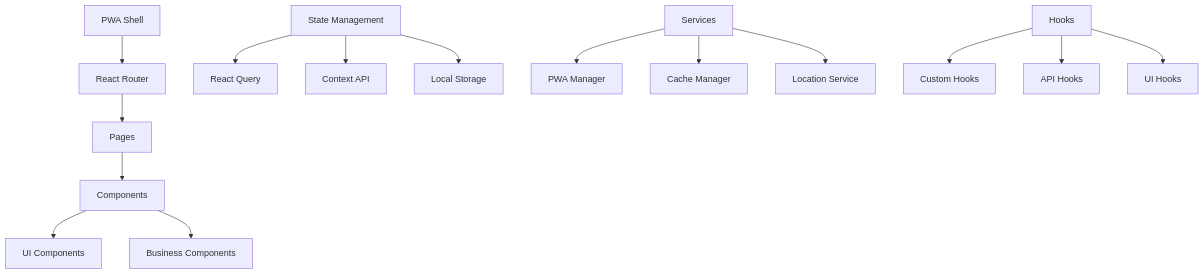
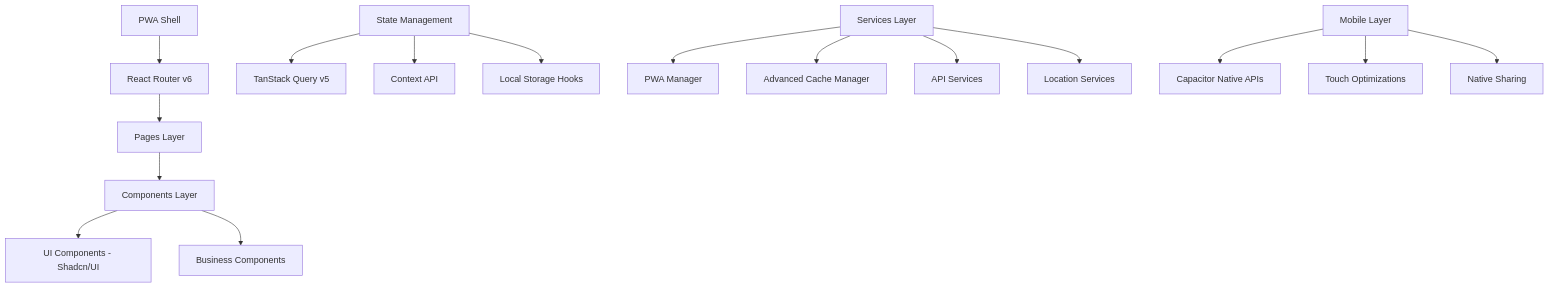
The diagram in README.md (hypeneural/caminhoneiro-pwa-festa), drawn with Mermaid before and after one commit. The commit also changed other lines of this file, not shown here.

````diff
--- a/README.md
+++ b/README.md
@@ -44,20 +49,21 @@
 ```mermaid
 graph TB
-    A[PWA Shell] --> B[React Router]
-    B --> C[Pages]
-    C --> D[Components]
-    D --> E[UI Components]
+    A[PWA Shell] --> B[React Router v6]
+    B --> C[Pages Layer]
+    C --> D[Components Layer]
+    D --> E[UI Components - Shadcn/UI]
     D --> F[Business Components]
     
-    G[State Management] --> H[React Query]
+    G[State Management] --> H[TanStack Query v5]
     G --> I[Context API]
-    G --> J[Local Storage]
+    G --> J[Local Storage Hooks]
     
-    K[Services] --> L[PWA Manager]
-    K --> M[Cache Manager]
-    K --> N[Location Service]
+    K[Services Layer] --> L[PWA Manager]
+    K --> M[Advanced Cache Manager]
+    K --> N[API Services]
+    K --> O[Location Services]
     
-    O[Hooks] --> P[Custom Hooks]
-    O --> Q[API Hooks]
-    O --> R[UI Hooks]
+    P[Mobile Layer] --> Q[Capacitor Native APIs]
+    P --> R[Touch Optimizations]
+    P --> S[Native Sharing]
 ```
````
